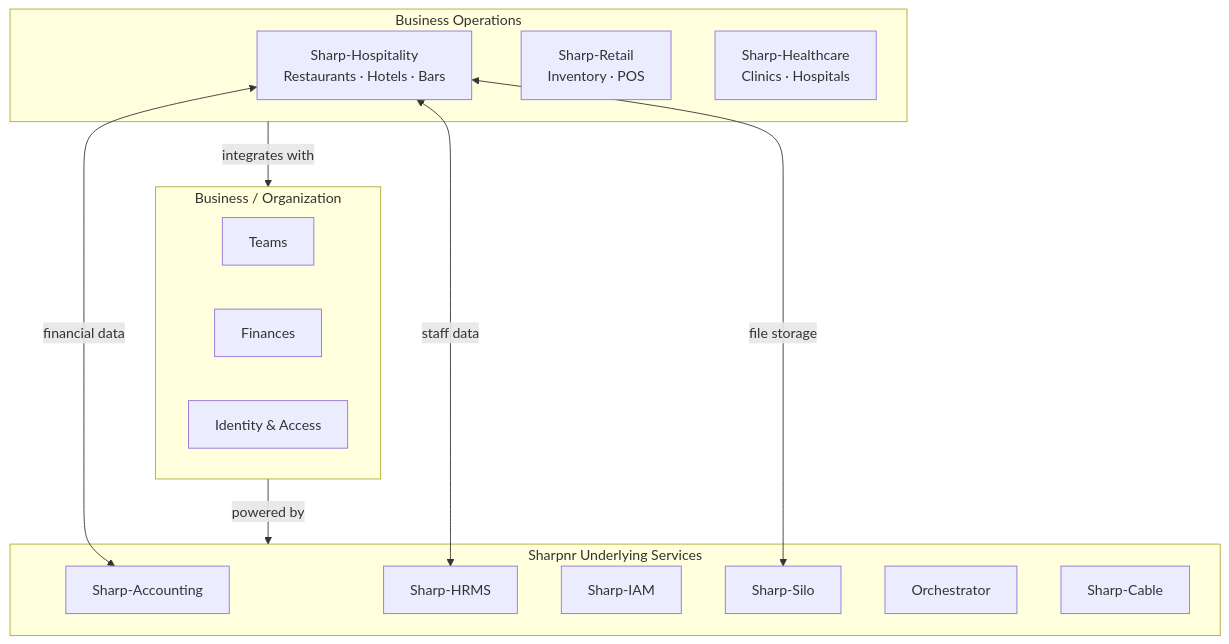
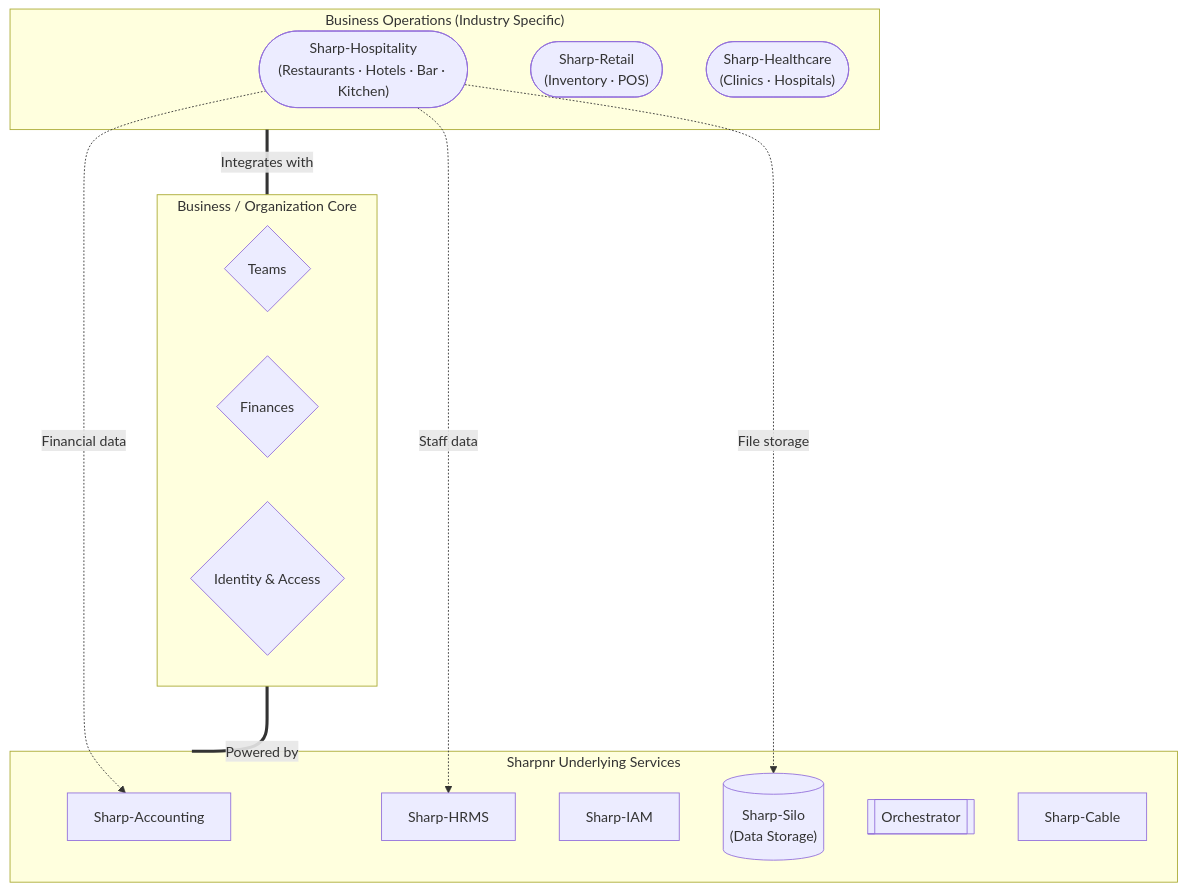
Before and after one commit to sharpnr-inc/sharpnr-webapps-mono: the diagram in content/docs/index.mdx, drawn with Mermaid. The commit also changed other lines of this file and 3 other files, not shown here.

Commit message:
feat: add ArchitectureDiagram component to MDX components

````diff
--- a/content/docs/index.mdx
+++ b/content/docs/index.mdx
@@ -21,29 +21,34 @@
 ```mermaid
 flowchart TD
-    subgraph OPS["Business Operations"]
-        HOSP["Sharp-Hospitality\nRestaurants · Hotels · Bars"]
-        RETAIL["Sharp-Retail\nInventory · POS"]
-        HEALTH["Sharp-Healthcare\nClinics · Hospitals"]
+    %% Use structural shapes instead of colors to differentiate layers %%
+
+    subgraph OPS["Business Operations (Industry Specific)"]
+        HOSP(["Sharp-Hospitality\n(Restaurants · Hotels · Bar · Kitchen)"])
+        RETAIL(["Sharp-Retail\n(Inventory · POS)"])
+        HEALTH(["Sharp-Healthcare\n(Clinics · Hospitals)"])
     end
 
-    subgraph ORG["Business / Organization"]
-        TEAMS["Teams"]
-        FIN["Finances"]
-        IAM["Identity & Access"]
+    subgraph ORG["Business / Organization Core"]
+        TEAMS{"Teams"}
+        FIN{"Finances"}
+        IAM{"Identity & Access"}
     end
 
     subgraph PLATFORM["Sharpnr Underlying Services"]
         ACCT["Sharp-Accounting"]
         HRMS["Sharp-HRMS"]
         SIAMM["Sharp-IAM"]
-        SILO["Sharp-Silo"]
-        ORCH["Orchestrator"]
+        SILO[("Sharp-Silo\n(Data Storage)")]
+        ORCH[["Orchestrator"]]
         CABLE["Sharp-Cable"]
     end
 
-    OPS -->|integrates with| ORG
-    ORG -->|powered by| PLATFORM
-    HOSP <-->|financial data| ACCT
-    HOSP <-->|staff data| HRMS
-    HOSP <-->|file storage| SILO
+    %% Flow of integration %%
+    OPS ===|Integrates with| ORG
+    ORG ===|Powered by| PLATFORM
+
+    %% Specific Service Interactions (Dotted lines for background talk) %%
+    HOSP -.->|Financial data| ACCT
+    HOSP -.->|Staff data| HRMS
+    HOSP -.->|File storage| SILO
 ```
````
